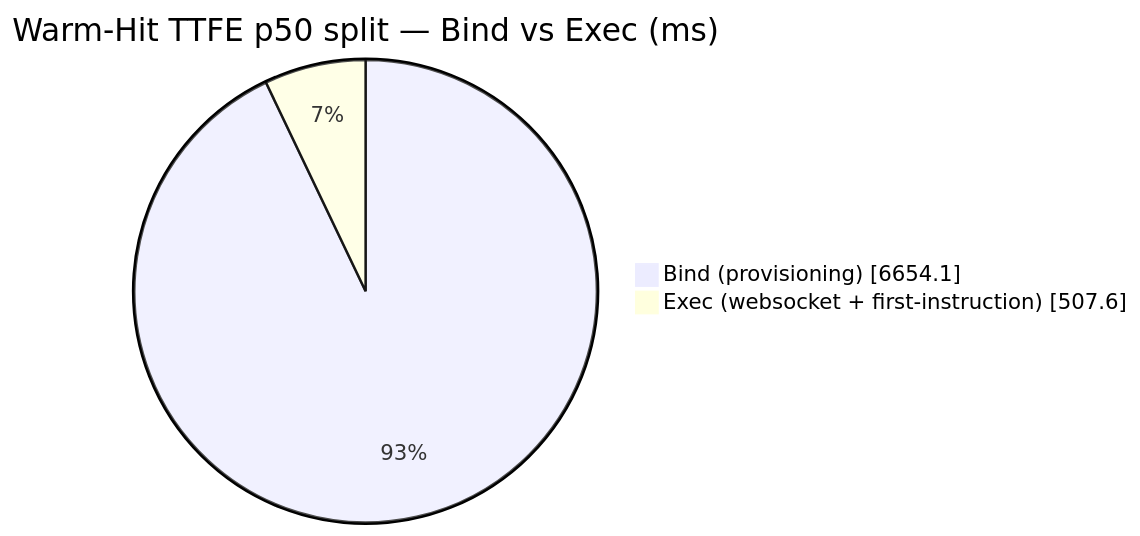
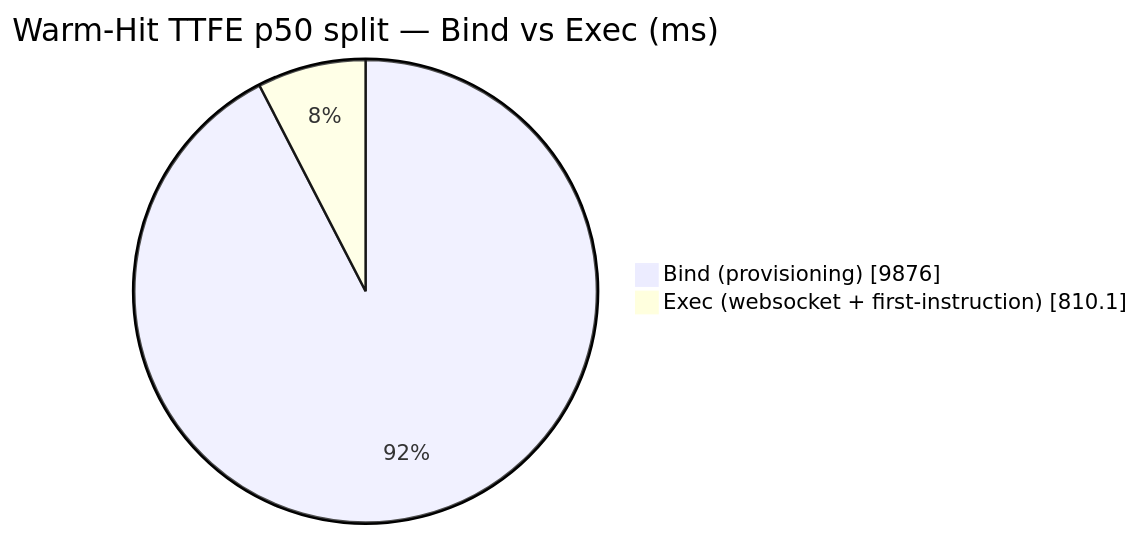
Before and after one commit to AlexBulankou/honest-bench: the diagram in DETAILS.md, drawn with Mermaid. The commit also changed other lines of this file and 5 other files, not shown here.

````diff
--- a/DETAILS.md
+++ b/DETAILS.md
@@ -115,6 +116,6 @@
 ```mermaid
 pie showData
     title Warm-Hit TTFE p50 split — Bind vs Exec (ms)
-    "Bind (provisioning)" : 6654.1
-    "Exec (websocket + first-instruction)" : 507.6
+    "Bind (provisioning)" : 9876.0
+    "Exec (websocket + first-instruction)" : 810.1
 ```
````
